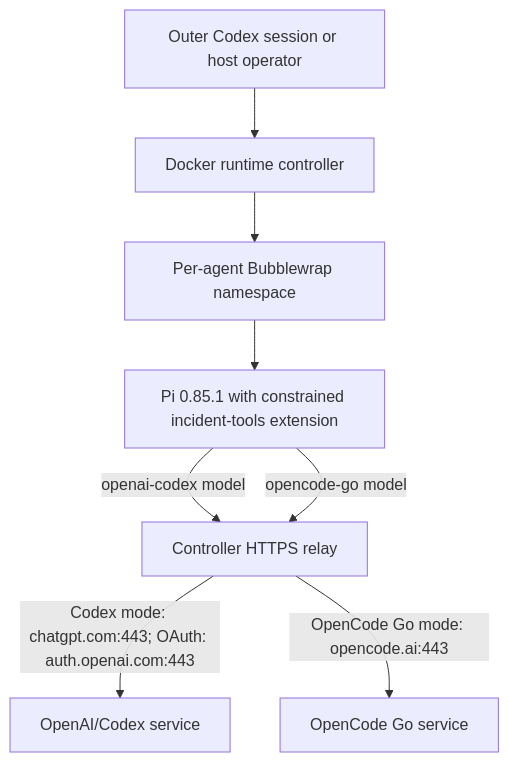
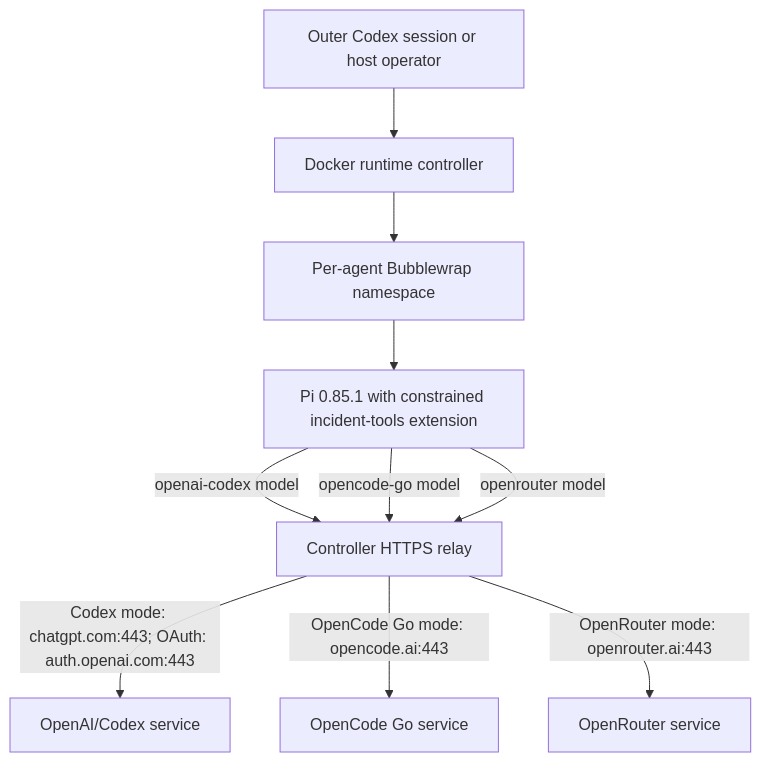
One commit to nanonite/apart-incident-response changed the diagram in docs/pi-provider-paths.md. Above: the diagram before and after it, drawn with Mermaid. The commit also changed other lines of this file and 32 other files, not shown here.

Commit message:
Implement OpenRouter logprob and entropy artifacts (#92)

````diff
--- a/docs/pi-provider-paths.md
+++ b/docs/pi-provider-paths.md
@@ -8,10 +9,12 @@
 ```mermaid
 flowchart TD
     O[Outer Codex session or host operator] --> D[Docker runtime controller]
     D --> B[Per-agent Bubblewrap namespace]
     B --> P[Pi 0.85.1 with constrained incident-tools extension]
     P -->|openai-codex model| R[Controller HTTPS relay]
     P -->|opencode-go model| R
+    P -->|openrouter model| R
     R -->|Codex mode: chatgpt.com:443; OAuth: auth.openai.com:443| C[OpenAI/Codex service]
     R -->|OpenCode Go mode: opencode.ai:443| G[OpenCode Go service]
+    R -->|OpenRouter mode: openrouter.ai:443| OR[OpenRouter service]
 ```
````
